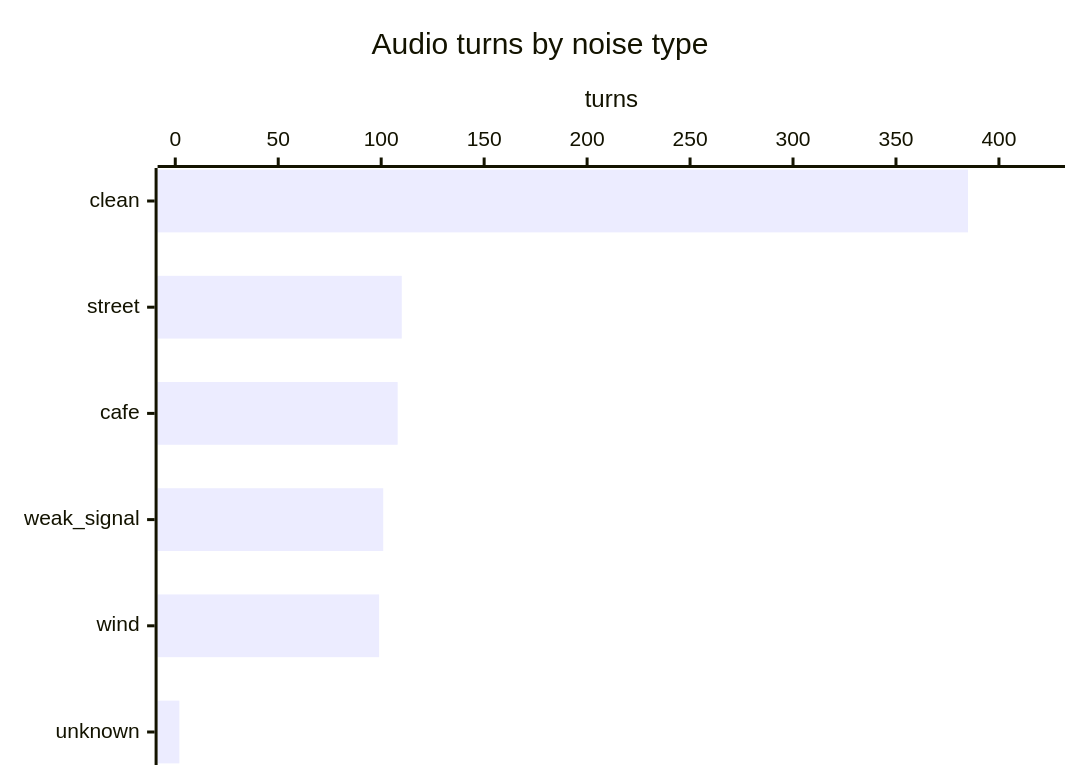
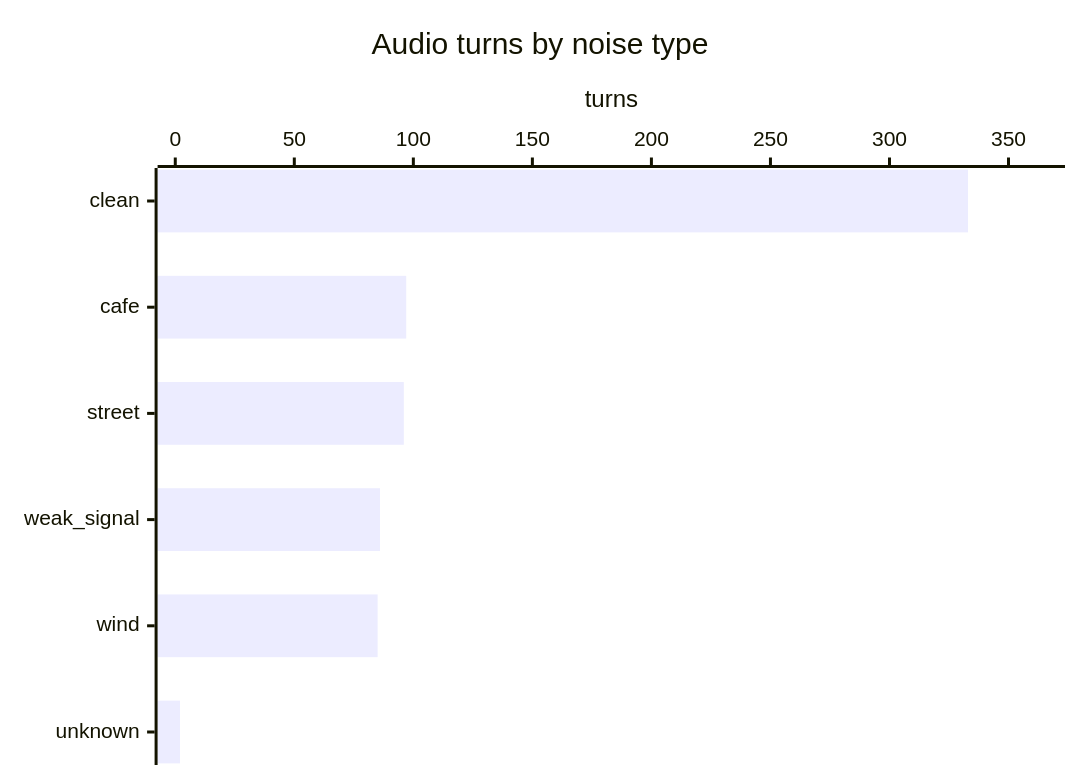
The fifth of 7 diagrams in scripts/create_data/output/reports/validation_report.md (queenley/capstone_sudocode2026), drawn with Mermaid before and after one commit. The commit also changed other lines of this file and 443 other files, not shown here.

````diff
--- a/scripts/create_data/output/reports/validation_report.md
+++ b/scripts/create_data/output/reports/validation_report.md
@@ -106,7 +106,7 @@
 ```mermaid
 xychart-beta horizontal
     title "Audio turns by noise type"
-    x-axis ["clean", "street", "cafe", "weak_signal", "wind", "unknown"]
-    y-axis "turns" 0 --> 423.5
-    bar [385, 110, 108, 101, 99, 2]
+    x-axis ["clean", "cafe", "street", "weak_signal", "wind", "unknown"]
+    y-axis "turns" 0 --> 366.3
+    bar [333, 97, 96, 86, 85, 2]
 ```
````
